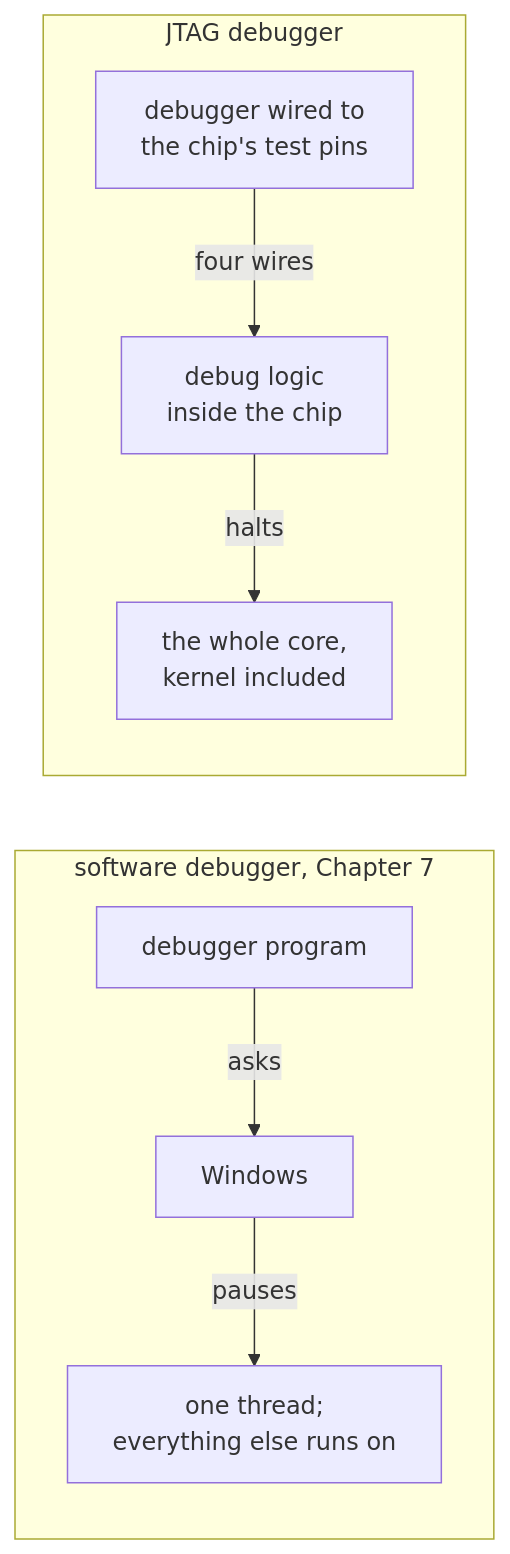
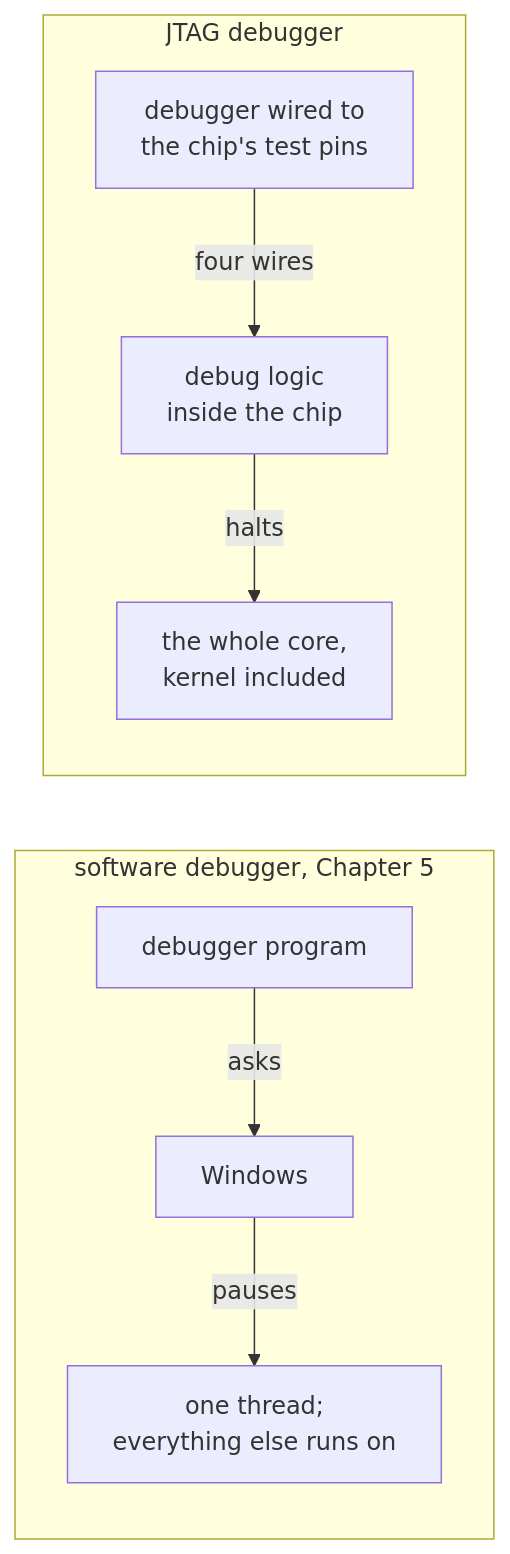
The third of 4 diagrams in site/src/content/docs/pages/14/04.mdx (MustCodeAl/rust-game-hacking-book), drawn with Mermaid before and after one commit. The commit also changed other lines of this file and 115 other files, not shown here.

````diff
--- a/site/src/content/docs/pages/14/04.mdx
+++ b/site/src/content/docs/pages/14/04.mdx
@@ -195,13 +195,13 @@
 ```mermaid
 flowchart LR
-    subgraph SW["software debugger, Chapter 7"]
+    subgraph SW["software debugger, Chapter 5"]
         direction TB
         A1["debugger program"] -->|"asks"| B1["Windows"]
         B1 -->|"pauses"| C1["one thread;<br/>everything else runs on"]
     end
     subgraph HW["JTAG debugger"]
         direction TB
         A2["debugger wired to<br/>the chip's test pins"] -->|"four wires"| B2["debug logic<br/>inside the chip"]
         B2 -->|"halts"| C2["the whole core,<br/>kernel included"]
     end
 ```
````
